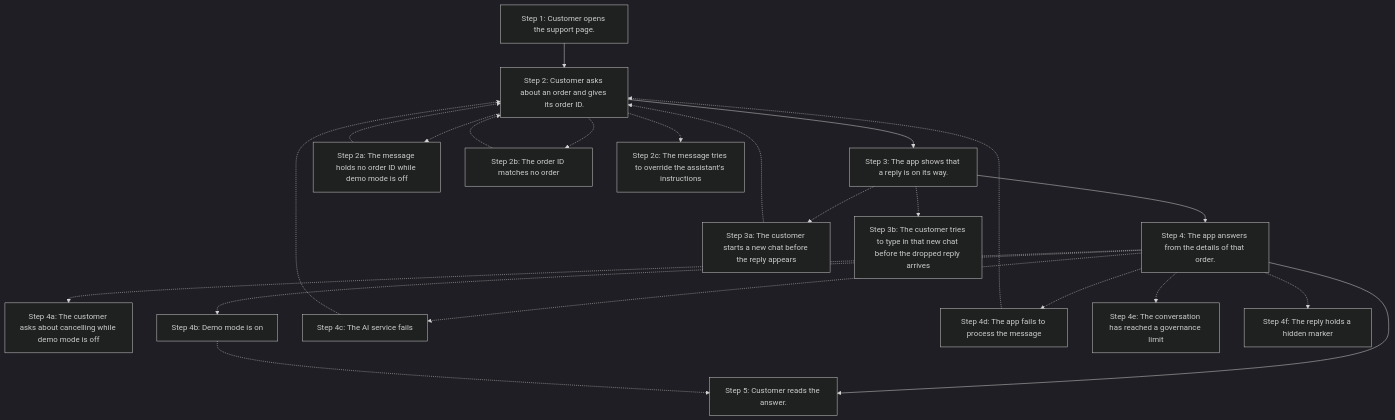
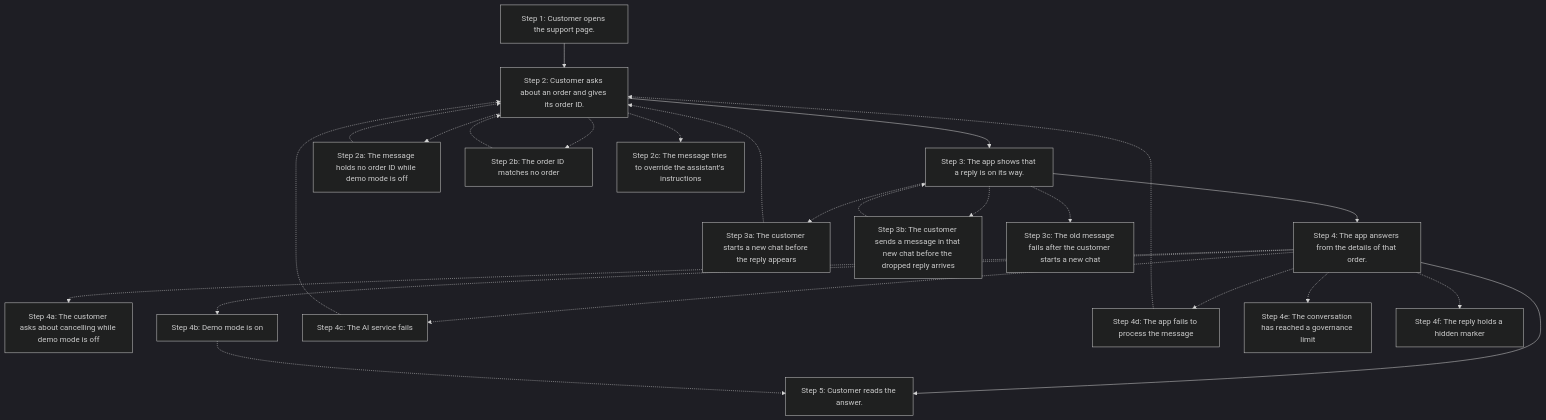
Before and after one commit to lhtshyamalshah/northstar-support-portal: the first of 5 diagrams in zbrain-docs/requirements/user-journey.md, drawn with Mermaid (dark theme). The commit also changed other lines of this file and 1 other file, not shown here.

First line of the commit message:
docs(requirements): new chat starts ready, prior reply no longer blocks it

````diff
--- a/zbrain-docs/requirements/user-journey.md
+++ b/zbrain-docs/requirements/user-journey.md
@@ -39,24 +40,26 @@
 ```mermaid
 flowchart TD
   s1["Step 1: Customer opens the support page."] --> s2["Step 2: Customer asks about an order and gives its order ID."]
   s2 --> s3["Step 3: The app shows that a reply is on its way."]
   s3 --> s4["Step 4: The app answers from the details of that order."]
   s4 --> s5["Step 5: Customer reads the answer."]
   s2 -.-> x2a["Step 2a: The message holds no order ID while demo mode is off"]
   x2a -.-> s2
   s2 -.-> x2b["Step 2b: The order ID matches no order"]
   x2b -.-> s2
   s2 -.-> x2c["Step 2c: The message tries to override the assistant's instructions"]
   s3 -.-> x3a["Step 3a: The customer starts a new chat before the reply appears"]
   x3a -.-> s2
-  s3 -.-> x3b["Step 3b: The customer tries to type in that new chat before the dropped reply arrives"]
+  s3 -.-> x3b["Step 3b: The customer sends a message in that new chat before the dropped reply arrives"]
+  x3b -.-> s3
+  s3 -.-> x3c["Step 3c: The old message fails after the customer starts a new chat"]
   s4 -.-> x4a["Step 4a: The customer asks about cancelling while demo mode is off"]
   s4 -.-> x4b["Step 4b: Demo mode is on"]
   x4b -.-> s5
   s4 -.-> x4c["Step 4c: The AI service fails"]
   x4c -.-> s2
   s4 -.-> x4d["Step 4d: The app fails to process the message"]
   x4d -.-> s2
   s4 -.-> x4e["Step 4e: The conversation has reached a governance limit"]
   s4 -.-> x4f["Step 4f: The reply holds a hidden marker"]
 ```
````
